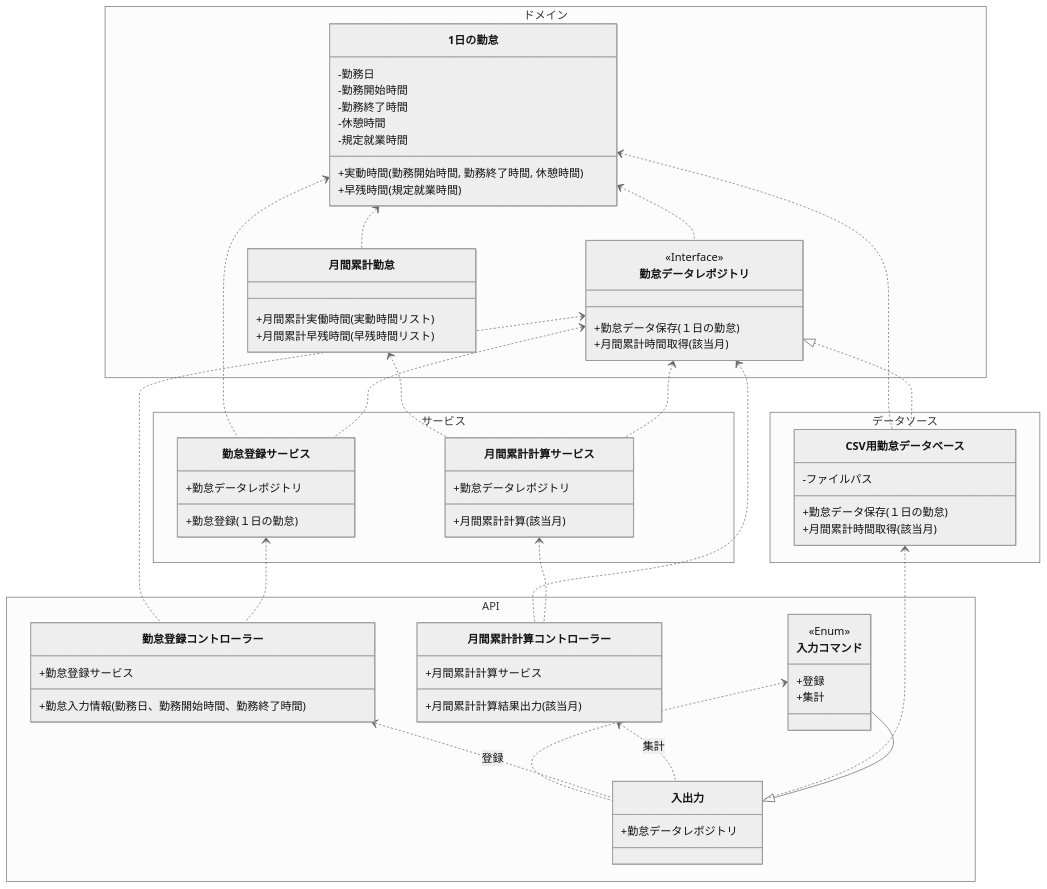
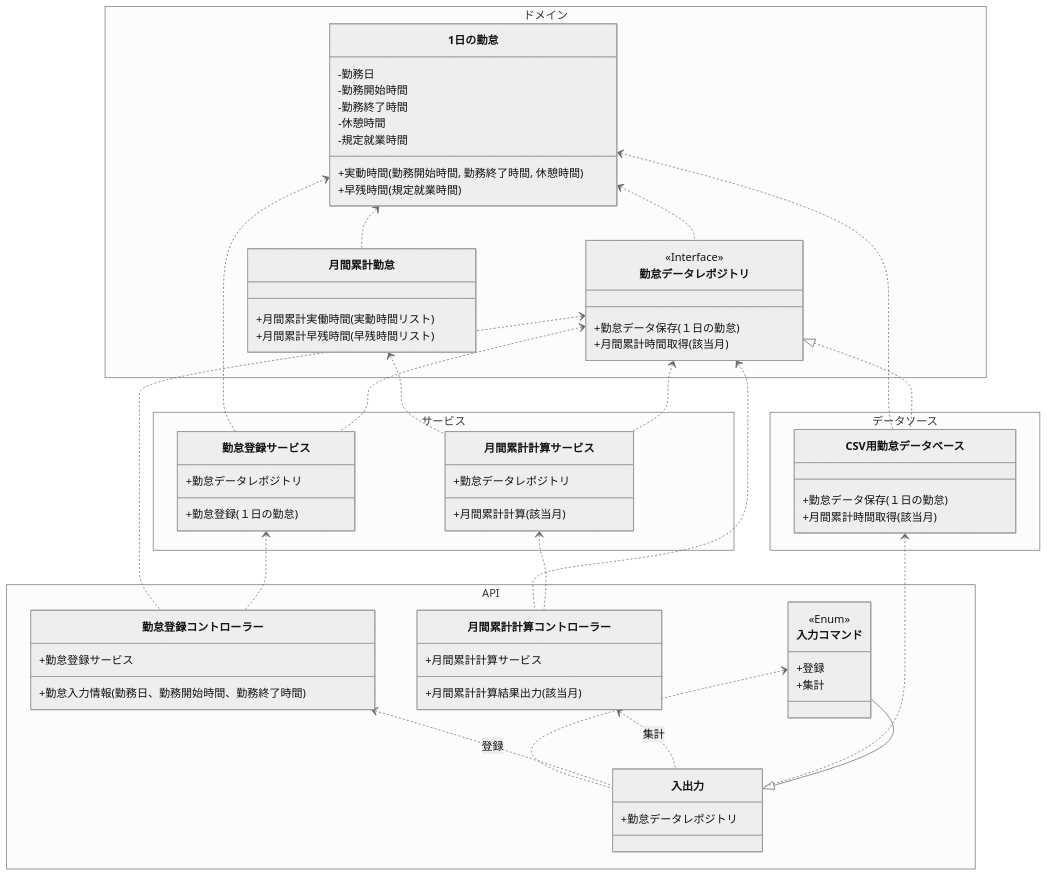
The diagram in model_Japanese.md (biglobe-isp/kintai), drawn with Mermaid (neutral theme) before and after one commit. The commit also changed 6 other files, not shown here.

````diff
--- a/model_Japanese.md
+++ b/model_Japanese.md
@@ -1,77 +1,76 @@
 ```mermaid
 classDiagram 　
     namespace ドメイン {
     　　class 1日の勤怠{
           -勤務日
           -勤務開始時間
           -勤務終了時間
           -休憩時間
           -規定就業時間
           +実動時間(勤務開始時間, 勤務終了時間, 休憩時間)
           +早残時間(規定就業時間)
       }
        class 月間累計勤怠{
            +月間累計実働時間(実動時間リスト)
            +月間累計早残時間(早残時間リスト)
        }
        class 勤怠データレポジトリ{
            <<Interface>>
            +勤怠データ保存(１日の勤怠)
            +月間累計時間取得(該当月)
        }
     }
     namespace サービス {
         class 勤怠登録サービス{
             +勤怠データレポジトリ
             +勤怠登録(１日の勤怠)
         }
         class 月間累計計算サービス{
             +勤怠データレポジトリ
             +月間累計計算(該当月)
         }
     }
     namespace データソース{ 
         class CSV用勤怠データベース{
-            -ファイルパス
             +勤怠データ保存(１日の勤怠)
             +月間累計時間取得(該当月)
         }
     }
     namespace API{
         class 勤怠登録コントローラー{
             +勤怠登録サービス
             +勤怠入力情報(勤務日、勤務開始時間、勤務終了時間)
         }
         class 月間累計計算コントローラー{
             +月間累計計算サービス
             +月間累計計算結果出力(該当月)
         }
         class 入力コマンド{
             <<Enum>>
             +登録
             +集計
         }
         class 入出力{
             +勤怠データレポジトリ
         }
     }
     
     1日の勤怠 <.. 月間累計勤怠
     1日の勤怠 <.. 勤怠データレポジトリ
     1日の勤怠 <.. 勤怠登録サービス
     勤怠データレポジトリ <.. 勤怠登録サービス
     月間累計勤怠 <.. 月間累計計算サービス
     勤怠データレポジトリ <.. 月間累計計算サービス
     1日の勤怠 <.. CSV用勤怠データベース
     勤怠データレポジトリ <|.. CSV用勤怠データベース
     勤怠データレポジトリ <.. 勤怠登録コントローラー
     勤怠登録サービス <.. 勤怠登録コントローラー
     勤怠データレポジトリ <.. 月間累計計算コントローラー
     月間累計計算サービス <.. 月間累計計算コントローラー
     入力コマンド <.. 入出力
     勤怠登録コントローラー <.. 入出力: 登録
     月間累計計算コントローラー <.. 入出力: 集計
     CSV用勤怠データベース <.. 入出力
     入力コマンド --|> 入出力
     
 ```
````
